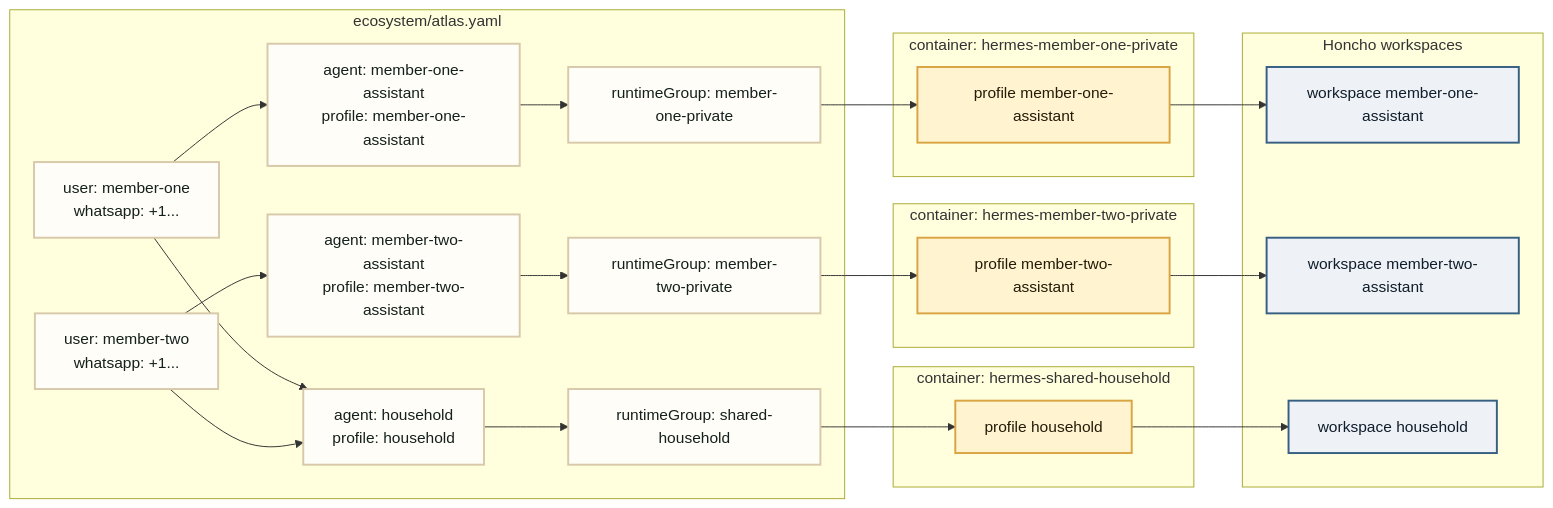
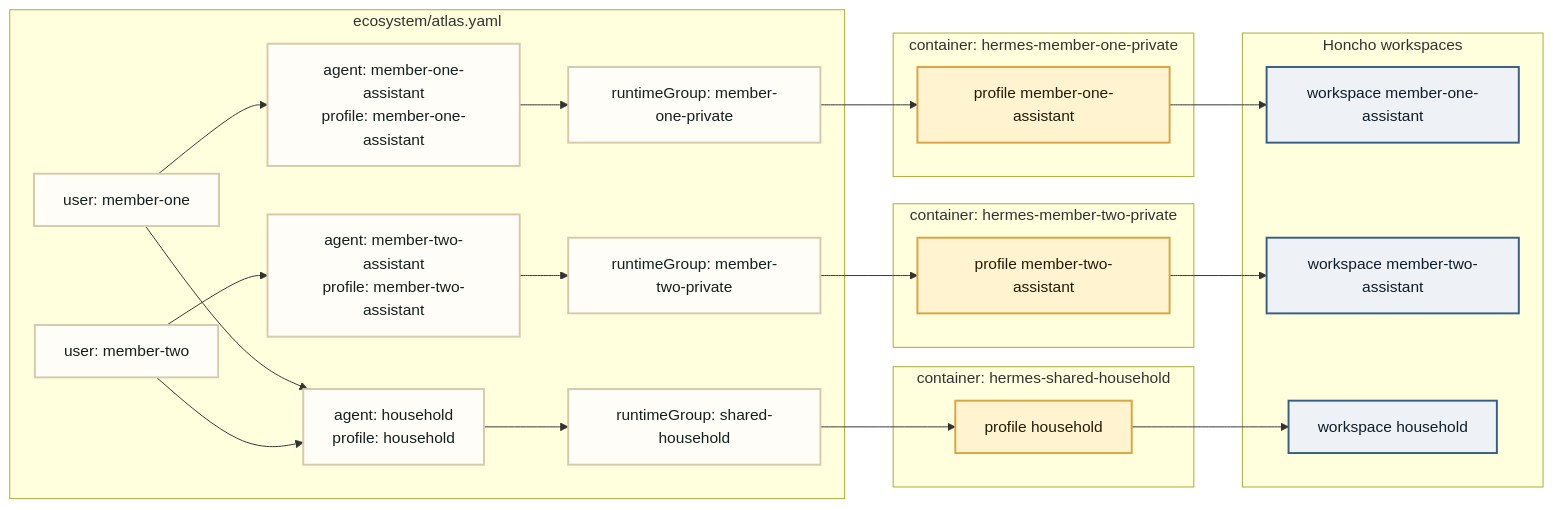
One commit to itspalomo/project-atlas changed the second of 5 diagrams in docs/architecture.md. Above: the diagram before and after it, drawn with Mermaid. The commit also changed other lines of this file and 13 other files, not shown here.

````diff
--- a/docs/architecture.md
+++ b/docs/architecture.md
@@ -77,44 +77,44 @@
 ```mermaid
 flowchart LR
   subgraph Config["ecosystem/atlas.yaml"]
-    U1["user: member-one\nwhatsapp: +1..."]
-    U2["user: member-two\nwhatsapp: +1..."]
+    U1["user: member-one"]
+    U2["user: member-two"]
     G1["runtimeGroup: member-one-private"]
     G2["runtimeGroup: member-two-private"]
     G3["runtimeGroup: shared-household"]
     A1["agent: member-one-assistant\nprofile: member-one-assistant"]
     A2["agent: member-two-assistant\nprofile: member-two-assistant"]
     A3["agent: household\nprofile: household"]
   end
 
   subgraph RuntimeOne["container: hermes-member-one-private"]
     P1["profile member-one-assistant"]
   end
 
   subgraph RuntimeTwo["container: hermes-member-two-private"]
     P2["profile member-two-assistant"]
   end
 
   subgraph RuntimeShared["container: hermes-shared-household"]
     P3["profile household"]
   end
 
   subgraph Memory["Honcho workspaces"]
     M1["workspace member-one-assistant"]
     M2["workspace member-two-assistant"]
     M3["workspace household"]
   end
 
   U1 --> A1 --> G1 --> P1 --> M1
   U2 --> A2 --> G2 --> P2 --> M2
   U1 --> A3
   U2 --> A3
   A3 --> G3 --> P3 --> M3
 
   classDef config fill:#fffdf7,stroke:#d7c9aa,color:#14201d,stroke-width:2px;
   classDef hermes fill:#fff4cf,stroke:#d9a441,color:#241b0a,stroke-width:2px;
   classDef memory fill:#eef2f7,stroke:#365f82,color:#101d2a,stroke-width:2px;
   class U1,U2,G1,G2,G3,A1,A2,A3 config;
   class P1,P2,P3 hermes;
   class M1,M2,M3 memory;
 ```
````
